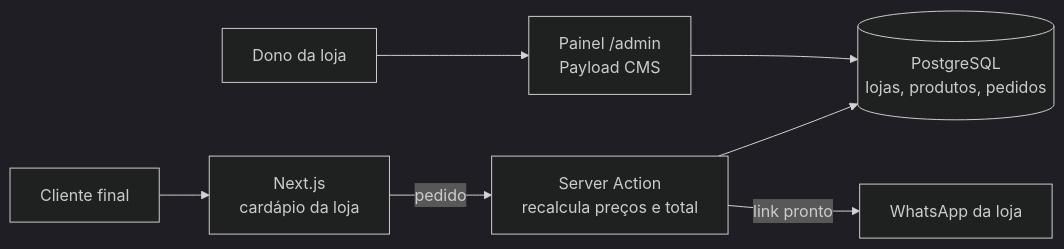
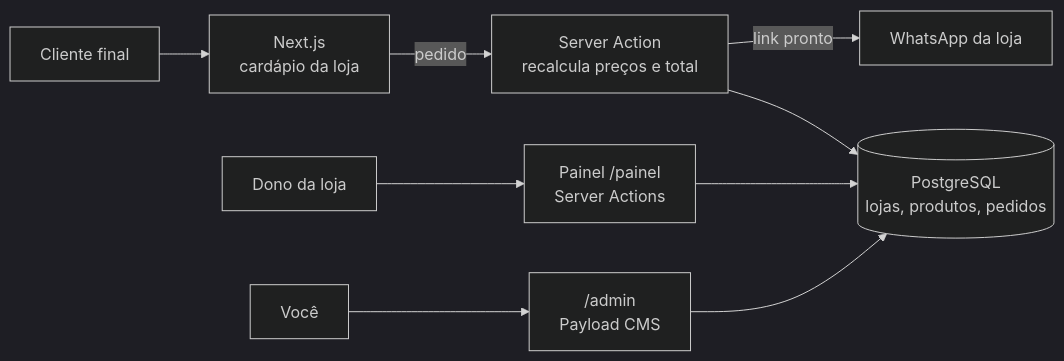
Before and after one commit to G-Mitter/cardapio-online: the diagram in README.md, drawn with Mermaid (dark theme). The commit also changed other lines of this file and 33 other files, not shown here.

First line of the commit message:
Painel próprio da loja em /painel

````diff
--- a/README.md
+++ b/README.md
@@ -33,9 +34,11 @@
 ```mermaid
 flowchart LR
   C[Cliente final] --> S[Next.js<br/>cardápio da loja]
   S -->|pedido| A[Server Action<br/>recalcula preços e total]
   A --> DB[(PostgreSQL<br/>lojas, produtos, pedidos)]
   A -->|link pronto| W[WhatsApp da loja]
-  D[Dono da loja] --> P[Painel /admin<br/>Payload CMS]
+  D[Dono da loja] --> P[Painel /painel<br/>Server Actions]
   P --> DB
+  V[Você] --> AD["/admin<br/>Payload CMS"]
+  AD --> DB
 ```
````
